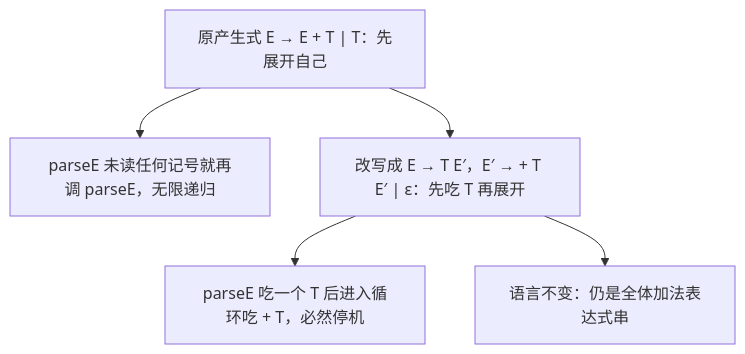
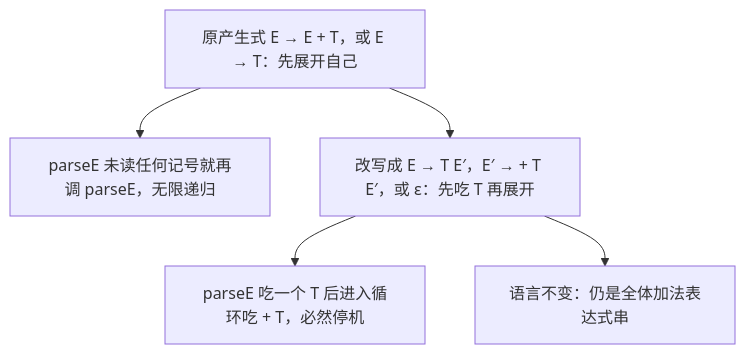
The second of 2 diagrams in docs/cs/ambiguity-leftrec.md (xhongduo-tech/xhongduo-tech.github.io), drawn with Mermaid before and after one commit. The commit also changed 6 other files, not shown here.

Commit message:
Enhance more cs articles with second diagrams and beginner marginnotes.

````diff
--- a/docs/cs/ambiguity-leftrec.md
+++ b/docs/cs/ambiguity-leftrec.md
@@ -53,7 +53,7 @@
 ```mermaid
 flowchart TD
-  OLD["原产生式 E → E + T | T：先展开自己"] --> INF["parseE 未读任何记号就再调 parseE，无限递归"]
-  OLD --> NEW["改写成 E → T E′，E′ → + T E′ | ε：先吃 T 再展开"]
+  OLD["原产生式 E → E + T，或 E → T：先展开自己"] --> INF["parseE 未读任何记号就再调 parseE，无限递归"]
+  OLD --> NEW["改写成 E → T E′，E′ → + T E′，或 ε：先吃 T 再展开"]
   NEW --> STOP["parseE 吃一个 T 后进入循环吃 + T，必然停机"]
   NEW --> SAME["语言不变：仍是全体加法表达式串"]
 ```
````
